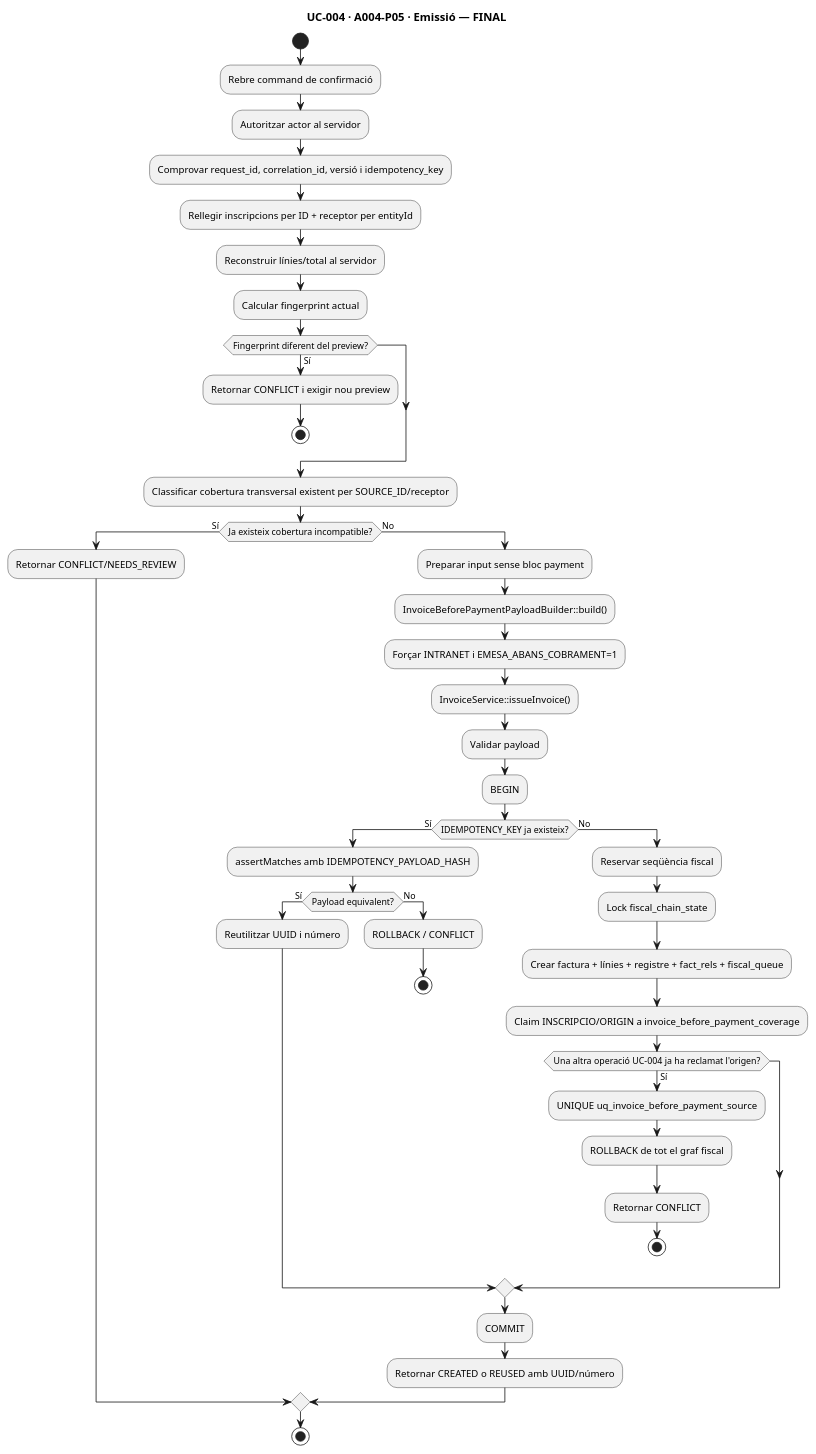
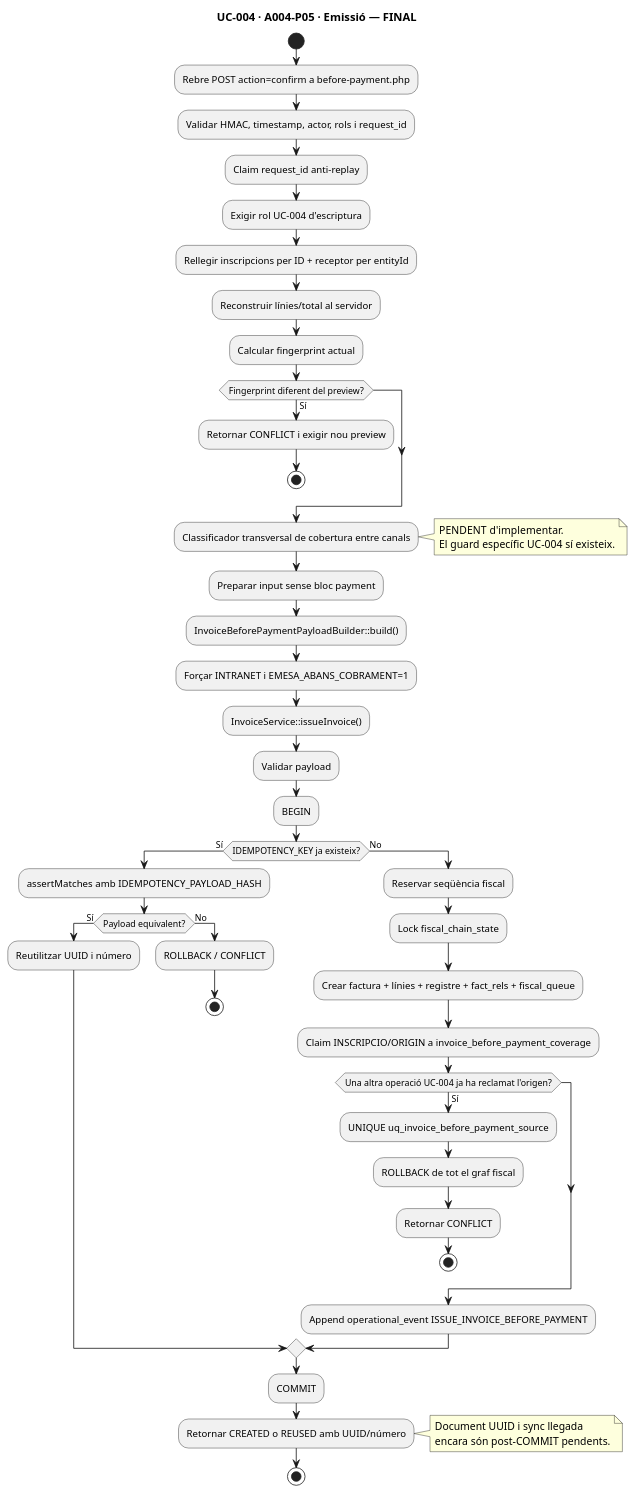
One commit to orgmeriemprismacat-del/verifactu changed diagram 12 of 14 in documentacio/07-uml-integrat/uc-004-activitats-actual-final.md. Above: the diagram before and after it, drawn with PlantUML. The commit also changed other lines of this file, not shown here.

Commit message:
docs(uc-004): actualitzar activitats amb HMAC i auditoria atomica

````diff
--- a/documentacio/07-uml-integrat/uc-004-activitats-actual-final.md
+++ b/documentacio/07-uml-integrat/uc-004-activitats-actual-final.md
@@ -391,50 +398,56 @@
 ```plantuml
 @startuml
 title UC-004 · A004-P05 · Emissió — FINAL
 start
-:Rebre command de confirmació;
-:Autoritzar actor al servidor;
-:Comprovar request_id, correlation_id, versió i idempotency_key;
+:Rebre POST action=confirm a before-payment.php;
+:Validar HMAC, timestamp, actor, rols i request_id;
+:Claim request_id anti-replay;
+:Exigir rol UC-004 d'escriptura;
 :Rellegir inscripcions per ID + receptor per entityId;
 :Reconstruir línies/total al servidor;
 :Calcular fingerprint actual;
 if (Fingerprint diferent del preview?) then (Sí)
   :Retornar CONFLICT i exigir nou preview;
   stop
 endif
-:Classificar cobertura transversal existent per SOURCE_ID/receptor;
-if (Ja existeix cobertura incompatible?) then (Sí)
-  :Retornar CONFLICT/NEEDS_REVIEW;
-else (No)
-  :Preparar input sense bloc payment;
+:Classificador transversal de cobertura entre canals;
+note right
+  PENDENT d'implementar.
+  El guard específic UC-004 sí existeix.
+end note
+:Preparar input sense bloc payment;
   :InvoiceBeforePaymentPayloadBuilder::build();
   :Forçar INTRANET i EMESA_ABANS_COBRAMENT=1;
   :InvoiceService::issueInvoice();
   :Validar payload;
   :BEGIN;
   if (IDEMPOTENCY_KEY ja existeix?) then (Sí)
     :assertMatches amb IDEMPOTENCY_PAYLOAD_HASH;
     if (Payload equivalent?) then (Sí)
       :Reutilitzar UUID i número;
     else (No)
       :ROLLBACK / CONFLICT;
       stop
     endif
   else (No)
     :Reservar seqüència fiscal;
     :Lock fiscal_chain_state;
     :Crear factura + línies + registre + fact_rels + fiscal_queue;
     :Claim INSCRIPCIO/ORIGIN a invoice_before_payment_coverage;
     if (Una altra operació UC-004 ja ha reclamat l'origen?) then (Sí)
       :UNIQUE uq_invoice_before_payment_source;
       :ROLLBACK de tot el graf fiscal;
       :Retornar CONFLICT;
       stop
     endif
+    :Append operational_event ISSUE_INVOICE_BEFORE_PAYMENT;
   endif
   :COMMIT;
   :Retornar CREATED o REUSED amb UUID/número;
-endif
+  note right
+    Document UUID i sync llegada
+    encara són post-COMMIT pendents.
+  end note
 stop
 @enduml
 ```
````
